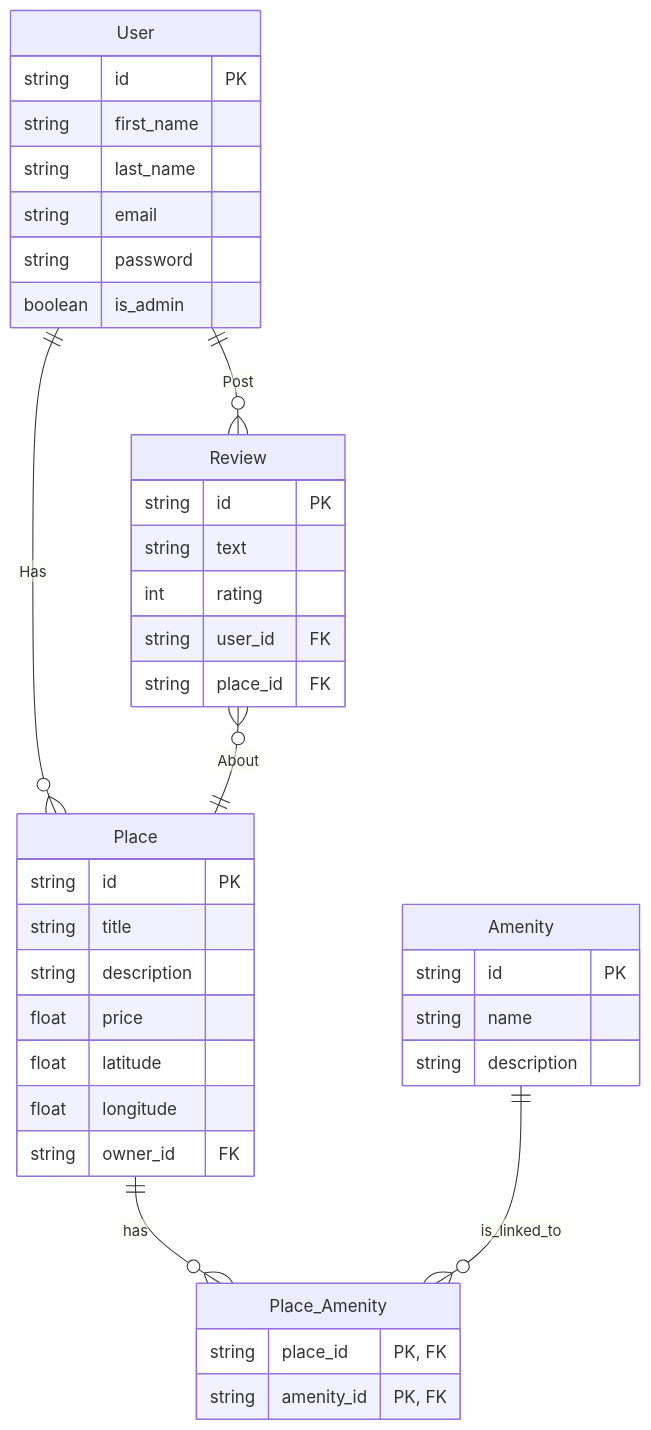
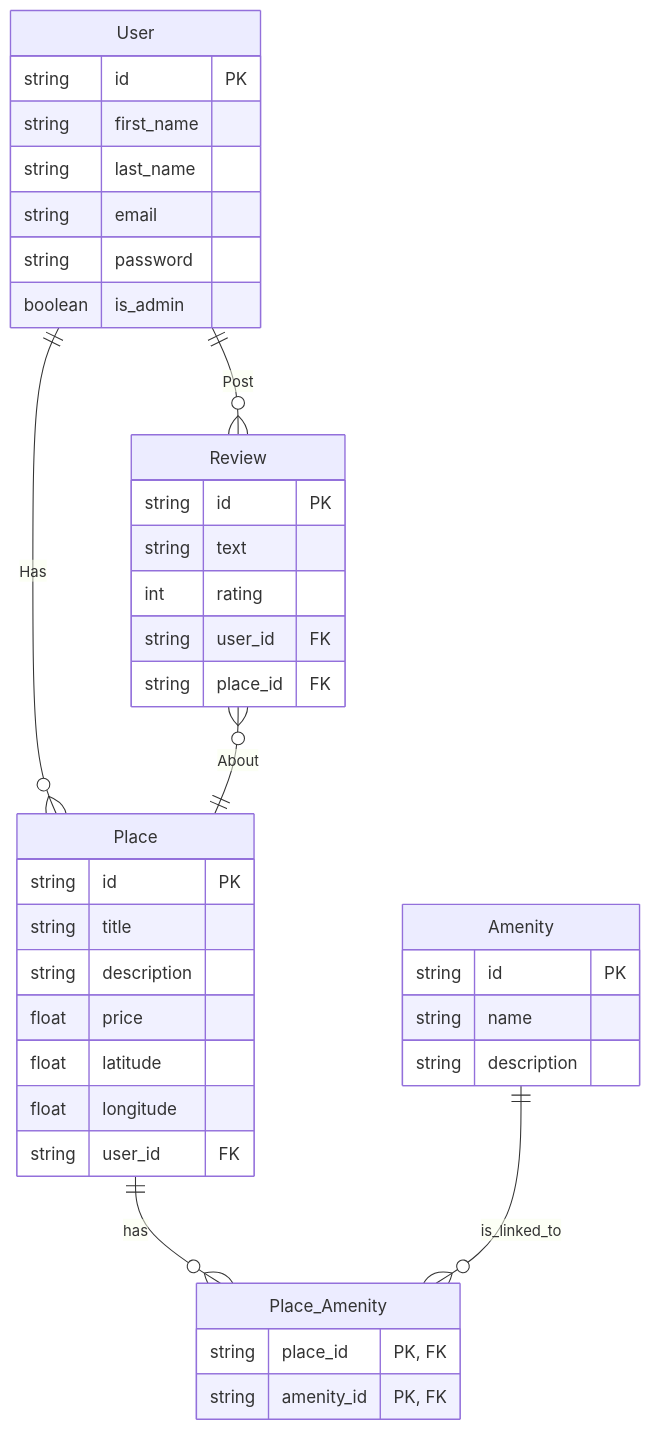
One commit to ylabate/holbertonschool-hbnb changed the diagram in part4/hbnb-backend/README.md. Above: the diagram before and after it, drawn with Mermaid. The commit also changed other lines of this file and 2 other files, not shown here.

````diff
--- a/part4/hbnb-backend/README.md
+++ b/part4/hbnb-backend/README.md
@@ -67,47 +82,47 @@
 ```mermaid
 erDiagram
 	direction TB
 	User {
 		string id  "PK"  
 		string first_name  ""  
 		string last_name  ""  
 		string email  ""  
 		string password  ""  
 		boolean is_admin  ""  
 	}
 
 	Place {
 		string id  "PK"  
 		string title  ""  
 		string description  ""  
 		float price  ""  
 		float latitude  ""  
 		float longitude  ""  
-		string owner_id  "FK"  
+		string user_id  "FK"  
 	}
 
 	Review {
 		string id  "PK"  
 		string text  ""  
 		int rating  ""  
 		string user_id  "FK"  
 		string place_id  "FK"  
 	}
 
 	Amenity {
 		string id  "PK"  
 		string name  ""  
 		string description  ""  
 	}
 
 	Place_Amenity {
 		string place_id  "PK, FK"  
 		string amenity_id  "PK, FK"  
 	}
 
 	User||--o{Place:"Has"
 	User||--o{Review:"Post"
 	Review}o--||Place:"About"
 	Place||--o{Place_Amenity:"has"
 	Amenity||--o{Place_Amenity:"is_linked_to"
 ```
````
